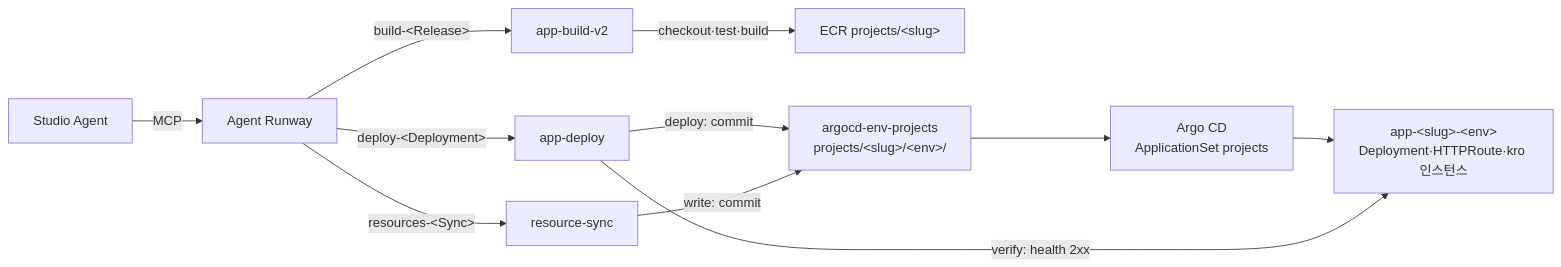
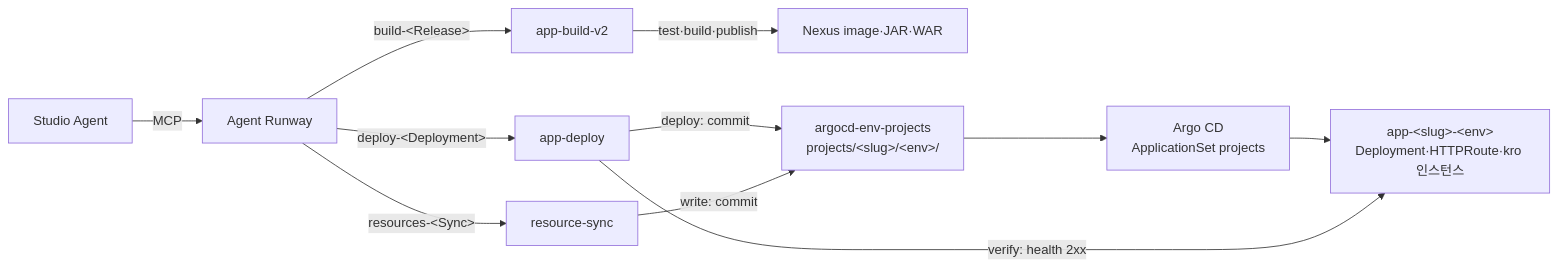
One commit to opspresso/argocd-env-projects changed the diagram in README.md. Above: the diagram before and after it, drawn with Mermaid. The commit also changed other lines of this file and 15 other files, not shown here.

First line of the commit message:
feat(delivery): Nexus 게시와 JAR/WAR native 배포 (#75)

````diff
--- a/README.md
+++ b/README.md
@@ -35,13 +35,13 @@
 ```mermaid
 flowchart LR
   agent["Studio Agent"] -- "MCP" --> delivery["Agent Runway"]
   delivery -- "build-&lt;Release&gt;" --> build["app-build-v2"]
-  build -- "checkout·test·build" --> ecr["ECR projects/&lt;slug&gt;"]
+  build -- "test·build·publish" --> ecr["Nexus image·JAR·WAR"]
   delivery -- "deploy-&lt;Deployment&gt;" --> deploy["app-deploy"]
   deploy -- "deploy: commit" --> repo["argocd-env-projects<br/>projects/&lt;slug&gt;/&lt;env&gt;/"]
   delivery -- "resources-&lt;Sync&gt;" --> sync["resource-sync"]
   sync -- "write: commit" --> repo
   repo --> argocd["Argo CD<br/>ApplicationSet projects"]
   argocd --> app["app-&lt;slug&gt;-&lt;env&gt;<br/>Deployment·HTTPRoute·kro 인스턴스"]
   deploy -- "verify: health 2xx" --> app
 ```
````
